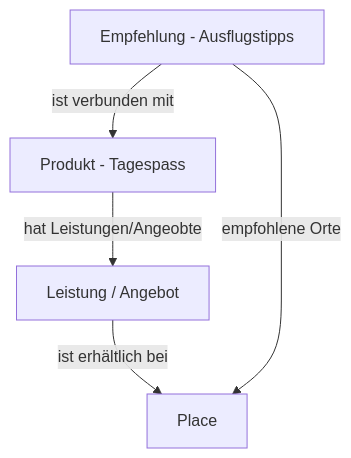
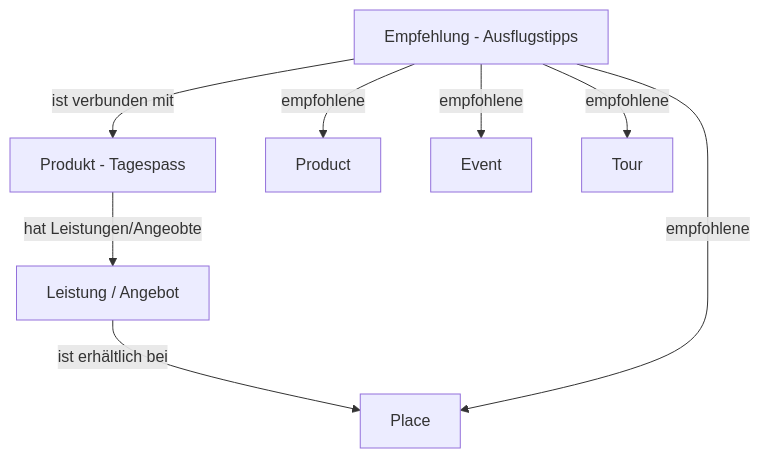
Before and after one commit to tsolenthaler/docs.contentdesk.io: the first of 3 diagrams in docs/dev/projects/glarnerlandApp.md, drawn with Mermaid.

Commit message:
Refactor schema and update relationships in glarnerlandApp.md

````diff
--- a/docs/dev/projects/glarnerlandApp.md
+++ b/docs/dev/projects/glarnerlandApp.md
@@ -12,11 +12,14 @@
 ``` mermaid
 graph TD
-    Product[Produkt - Tagespass]
-    Product -->|hat Leistungen/Angeobte|Offer
+    Tagespass[Produkt - Tagespass]
+    Tagespass -->|hat Leistungen/Angeobte|Offer
     Offer[Leistung / Angebot]
     Offer -->|ist erhältlich bei|Place
 
-    Recommendation[Empfehlung - Ausflugstipps] -->|empfohlene Orte|Place
-    Recommendation -->|ist verbunden mit|Product
+    Recommendation[Empfehlung - Ausflugstipps] -->|empfohlene|Place
+    Recommendation[Empfehlung - Ausflugstipps] -->|empfohlene|Product
+    Recommendation[Empfehlung - Ausflugstipps] -->|empfohlene|Event
+    Recommendation[Empfehlung - Ausflugstipps] -->|empfohlene|Tour
+    Recommendation -->|ist verbunden mit|Tagespass
     
 ```
````
